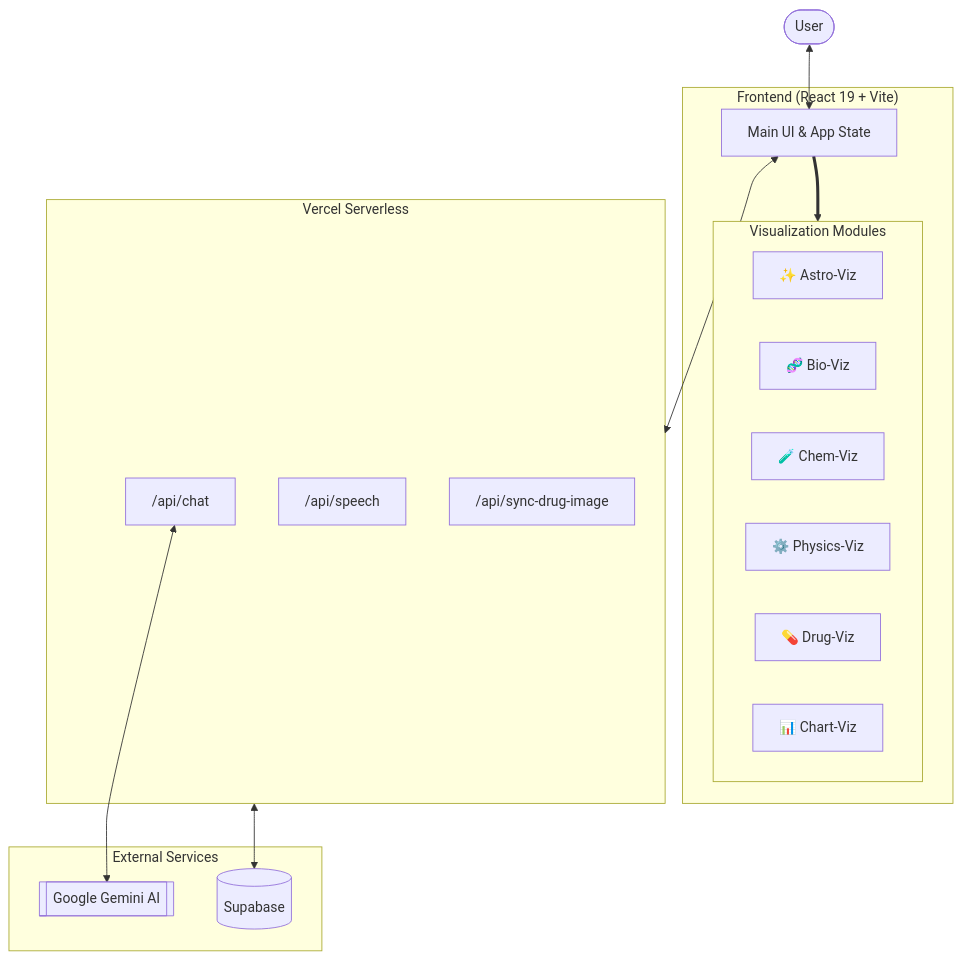
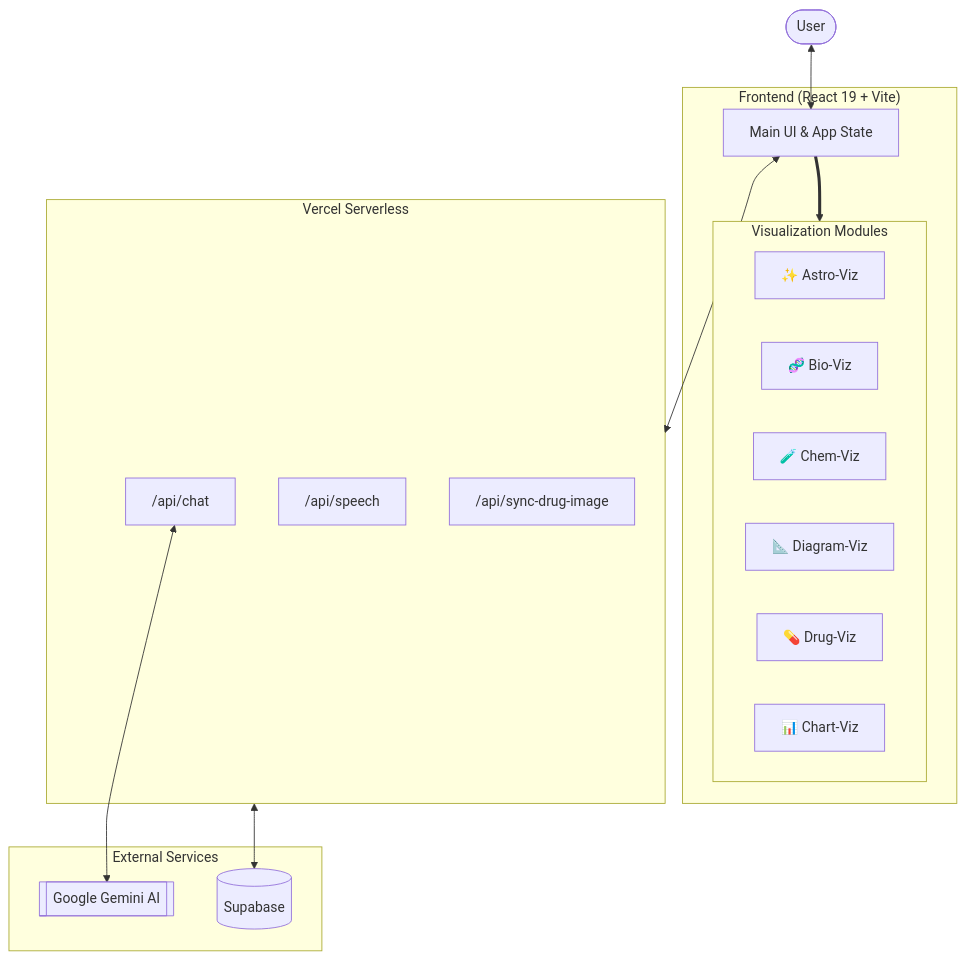
The first of 2 diagrams in README.md (jpjp92/chat-agent), drawn with Mermaid before and after one commit. The commit also changed other lines of this file and 10 other files, not shown here.

First line of the commit message:
feat: Remove PhysicsRenderer and integrate DiagramRenderer with four types

````diff
--- a/README.md
+++ b/README.md
@@ -60,27 +59,27 @@
 ```mermaid
 flowchart TB
     User([User])
 
     subgraph Frontend ["Frontend (React 19 + Vite)"]
         UI[Main UI & App State]
         subgraph Visualizers ["Visualization Modules"]
             Astro["✨ Astro-Viz"] & Bio["🧬 Bio-Viz"] & Chem["🧪 Chem-Viz"]
-            Phy["⚙️ Physics-Viz"] & Drug["💊 Drug-Viz"] & Charts["📊 Chart-Viz"]
+            Diagram["📐 Diagram-Viz"] & Drug["💊 Drug-Viz"] & Charts["📊 Chart-Viz"]
         end
     end
 
     subgraph Backend ["Vercel Serverless"]
         ChatPipe["/api/chat"] & TTS["/api/speech"] & Sync["/api/sync-drug-image"]
     end
 
     subgraph Providers ["External Services"]
         Gemini[["Google Gemini AI"]]
         Supabase[("Supabase")]
     end
 
     User <--> UI
     UI ==> Visualizers
     UI <--> Backend
     ChatPipe <--> Gemini
     Backend <--> Supabase
 ```
````
